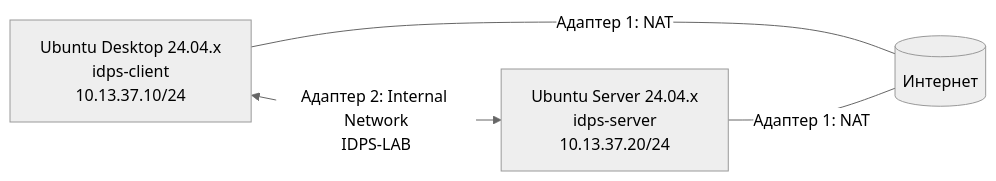
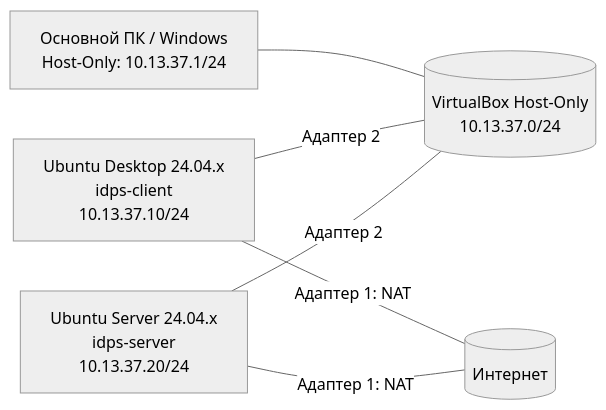
One commit to 11ndra/spvo changed the diagram in docs/labs/environment/index.md. Above: the diagram before and after it, drawn with Mermaid (neutral theme). The commit also changed other lines of this file and 1 other file, not shown here.

Commit message:
idps-lab-pages-runtime-fixes-v2.34-draft1

````diff
--- a/docs/labs/environment/index.md
+++ b/docs/labs/environment/index.md
@@ -12,10 +12,14 @@
 ```mermaid
 flowchart LR
     INET[(Интернет)]
+    H[Основной ПК / Windows\nHost-Only: 10.13.37.1/24]
+    L[(VirtualBox Host-Only\n10.13.37.0/24)]
     C[Ubuntu Desktop 24.04.x\nidps-client\n10.13.37.10/24]
     S[Ubuntu Server 24.04.x\nidps-server\n10.13.37.20/24]
 
     C ---|Адаптер 1: NAT| INET
     S ---|Адаптер 1: NAT| INET
-    C <-->|Адаптер 2: Internal Network\nIDPS-LAB| S
+    H --- L
+    C ---|Адаптер 2| L
+    S ---|Адаптер 2| L
 ```
````
